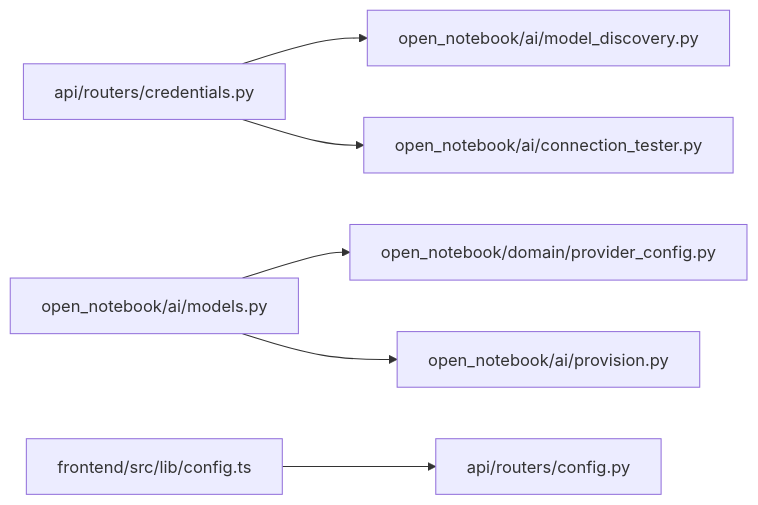
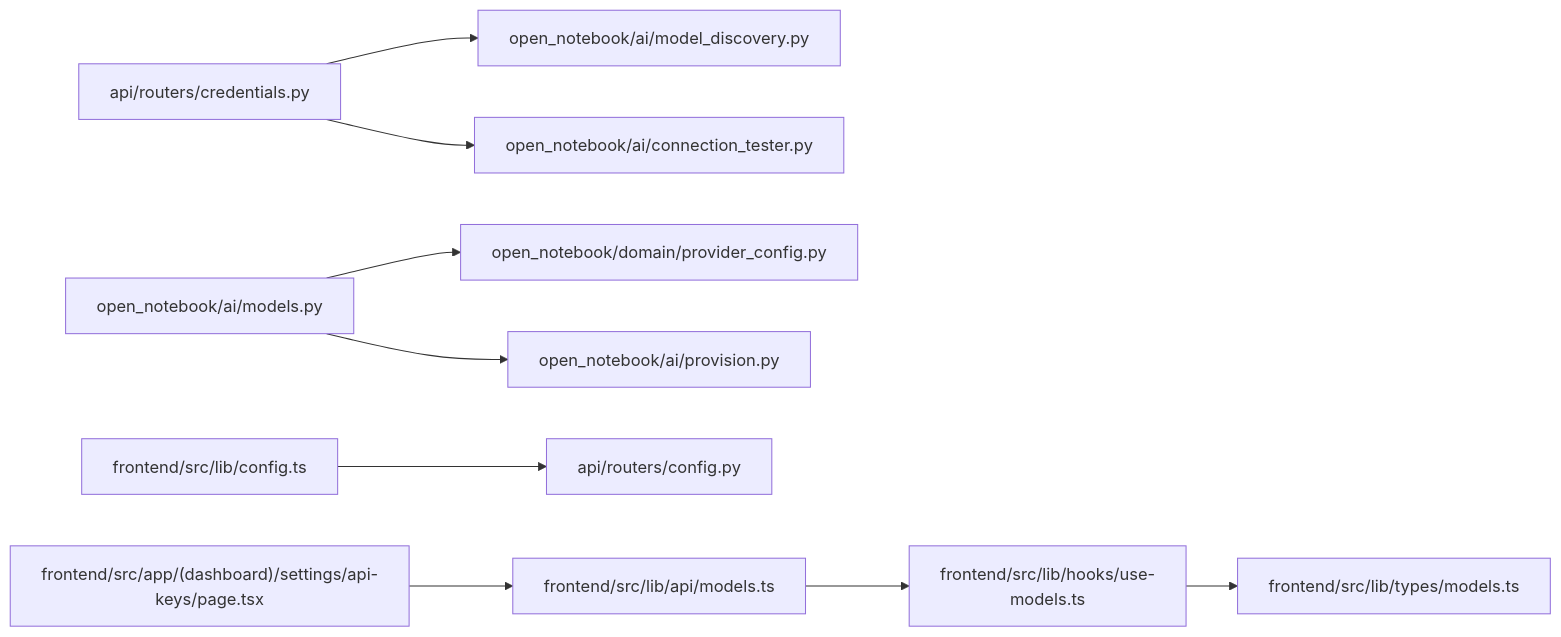
Before and after one commit to jackeyunjie/open-notebook: the seventh of 7 diagrams in .qoder/repowiki/zh/content/配置管理/AI提供商配置/云提供商配置.md, drawn with Mermaid. The commit also changed other lines of this file and 89 other files, not shown here.

````diff
--- a/.qoder/repowiki/zh/content/配置管理/AI提供商配置/云提供商配置.md
+++ b/.qoder/repowiki/zh/content/配置管理/AI提供商配置/云提供商配置.md
@@ -276,8 +330,11 @@
 ```mermaid
 graph LR
 Credentials["api/routers/credentials.py"] --> Discovery["open_notebook/ai/model_discovery.py"]
 Credentials --> Tester["open_notebook/ai/connection_tester.py"]
 Models["open_notebook/ai/models.py"] --> ProviderCfg["open_notebook/domain/provider_config.py"]
 Models --> Provision["open_notebook/ai/provision.py"]
 Frontend["frontend/src/lib/config.ts"] --> APIConfig["api/routers/config.py"]
+FrontendModels["frontend/src/app/(dashboard)/settings/api-keys/page.tsx"] --> ModelsAPI["frontend/src/lib/api/models.ts"]
+ModelsAPI --> ModelsHooks["frontend/src/lib/hooks/use-models.ts"]
+ModelsHooks --> ModelsTypes["frontend/src/lib/types/models.ts"]
 ```
````
